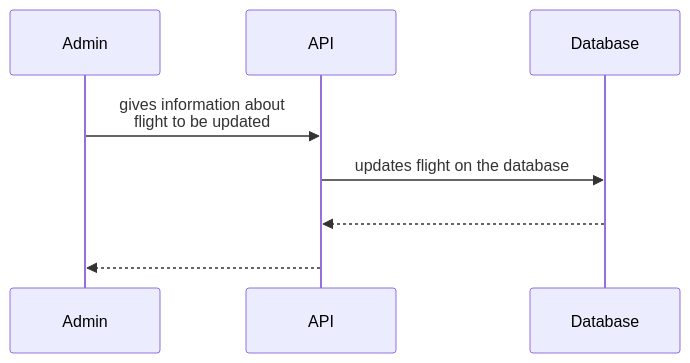
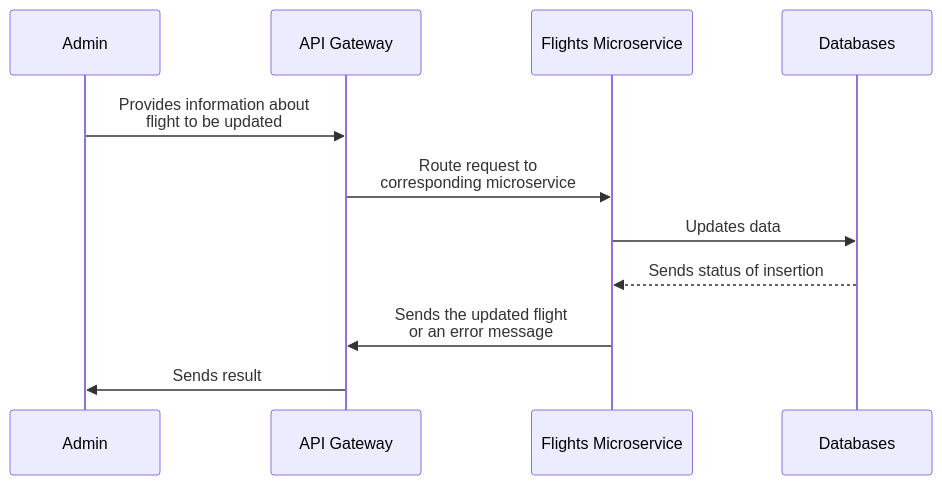
The sixth of 7 diagrams in proj-information.md (selous1/FlightsData), drawn with Mermaid before and after one commit. The commit also changed other lines of this file, not shown here.

Commit message:
Update use cases - Add microservices to use case diagrams - Update certain endpoints - Remove redundancy

````diff
--- a/proj-information.md
+++ b/proj-information.md
@@ -309,10 +130,12 @@
 ```mermaid
 
 sequenceDiagram
 
-  Admin->>API: gives information about <br> flight to be updated
-	API->>Database: updates flight on the database
-	Database-->>API: ㅤ 
-  API-->>Admin: ㅤ
+  Admin->>API Gateway: Provides information about <br> flight to be updated
+	API Gateway->>Flights Microservice: Route request to <br> corresponding microservice
+  Flights Microservice->>Databases: Updates data
+	Databases-->>Flights Microservice: Sends status of insertion
+  Flights Microservice->>API Gateway: Sends the updated flight <br> or an error message
+  API Gateway->>Admin: Sends result
 
 ```
````
